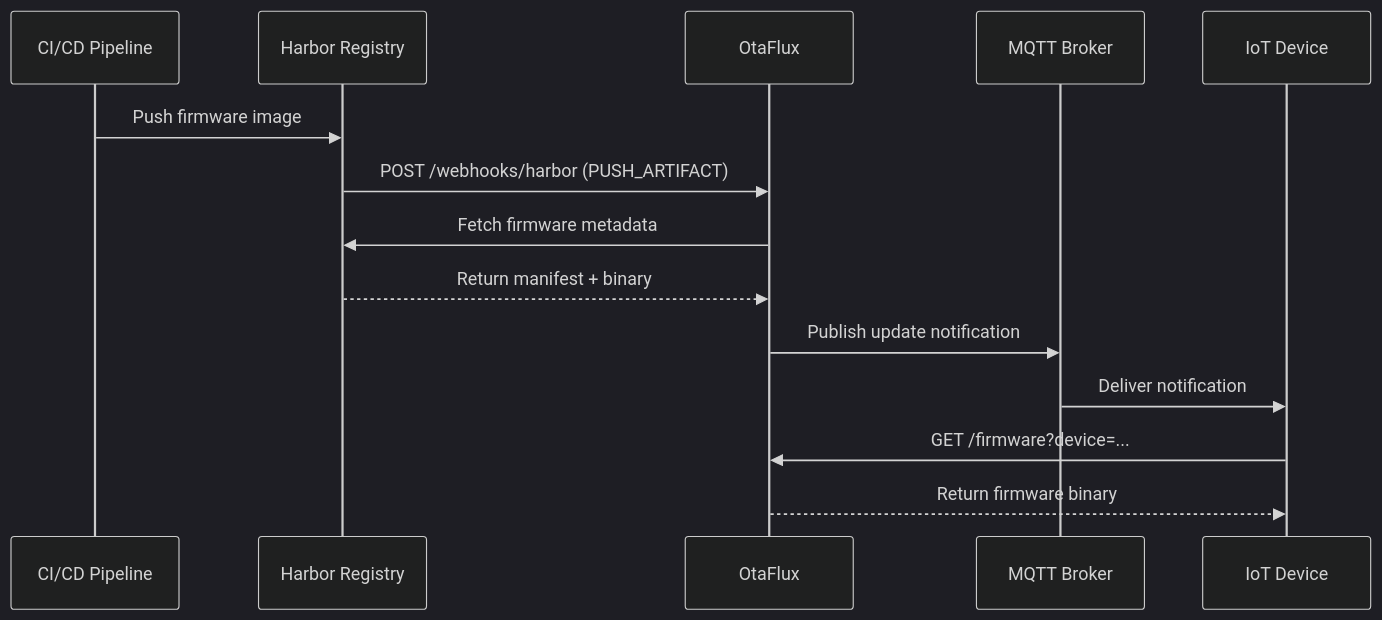
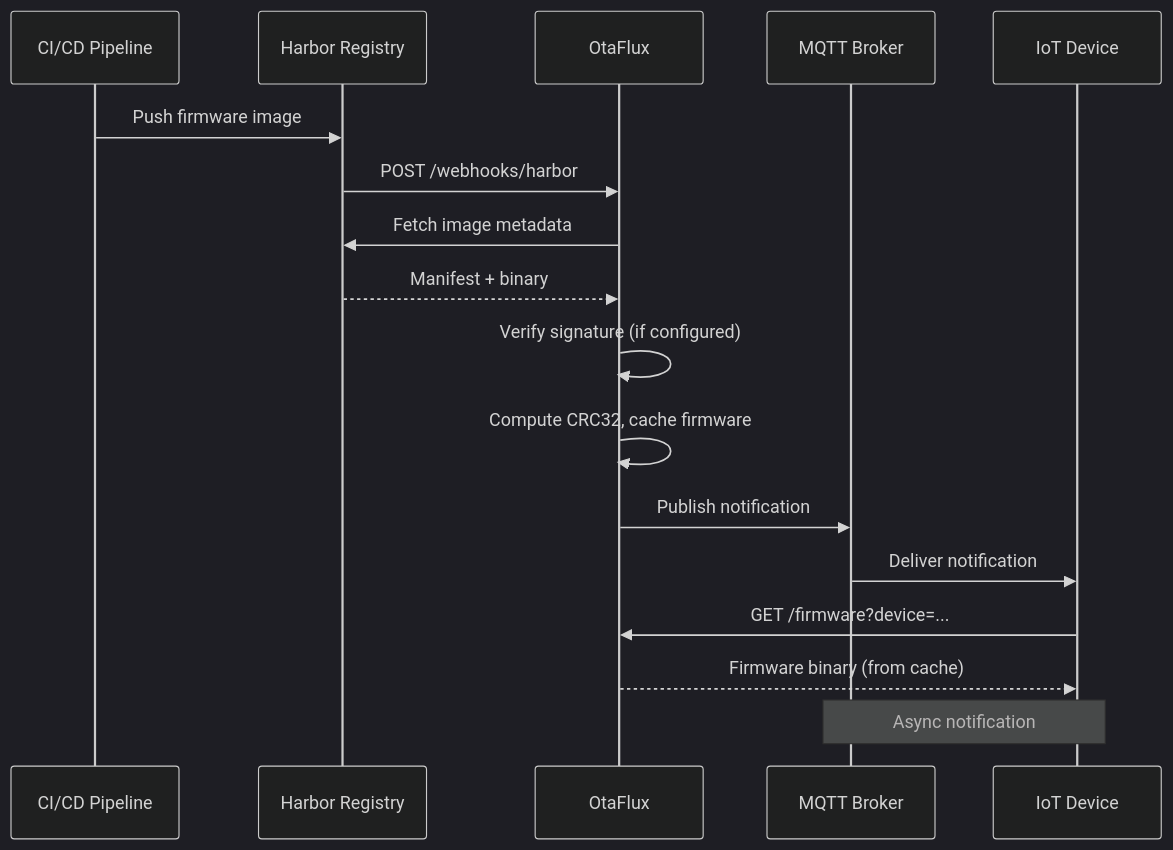
The diagram in docs/webhooks.md (etiennetremel/otaflux), drawn with Mermaid (dark theme) before and after one commit. The commit also changed other lines of this file and 18 other files, not shown here.

````diff
--- a/docs/webhooks.md
+++ b/docs/webhooks.md
@@ -21,17 +9,21 @@
 ```mermaid
 sequenceDiagram
     participant CI as CI/CD Pipeline
     participant Harbor as Harbor Registry
     participant OtaFlux as OtaFlux
     participant MQTT as MQTT Broker
     participant Device as IoT Device
 
     CI->>Harbor: Push firmware image
-    Harbor->>OtaFlux: POST /webhooks/harbor (PUSH_ARTIFACT)
-    OtaFlux->>Harbor: Fetch firmware metadata
-    Harbor-->>OtaFlux: Return manifest + binary
-    OtaFlux->>MQTT: Publish update notification
+    Harbor->>OtaFlux: POST /webhooks/harbor
+    OtaFlux->>Harbor: Fetch image metadata
+    Harbor-->>OtaFlux: Manifest + binary
+    OtaFlux->>OtaFlux: Verify signature (if configured)
+    OtaFlux->>OtaFlux: Compute CRC32, cache firmware
+    OtaFlux->>MQTT: Publish notification
     MQTT->>Device: Deliver notification
     Device->>OtaFlux: GET /firmware?device=...
-    OtaFlux-->>Device: Return firmware binary
+    OtaFlux-->>Device: Firmware binary (from cache)
+
+    Note over MQTT,Device: Async notification
 ```
````
